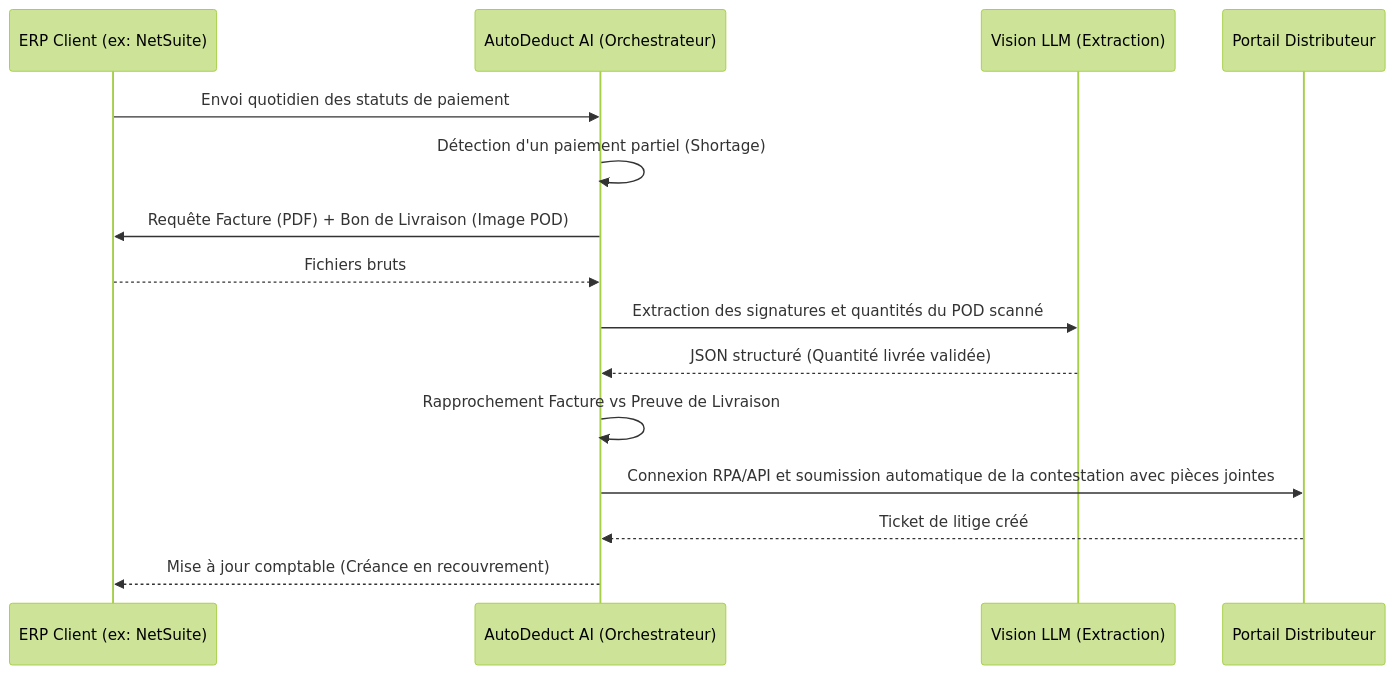
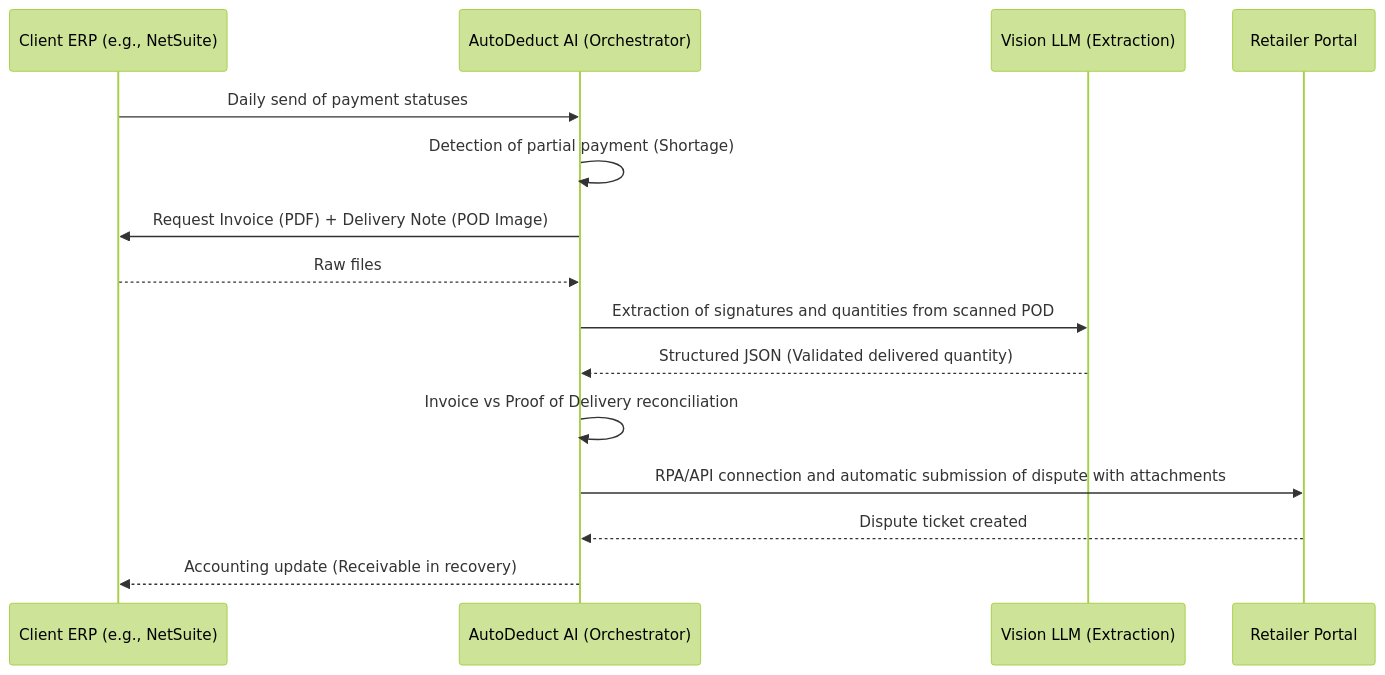
Before and after one commit to flouzzy/top-100-ai-startup-ideas: the second of 2 diagrams in ideas/autodeduct-ai/README.md, drawn with Mermaid (forest theme). The commit also changed other lines of this file and 21 other files, not shown here.

````diff
--- a/ideas/autodeduct-ai/README.md
+++ b/ideas/autodeduct-ai/README.md
@@ -41,18 +44,18 @@
 ```mermaid
 sequenceDiagram
-    participant ERP as ERP Client (ex: NetSuite)
-    participant AutoDeduct as AutoDeduct AI (Orchestrateur)
+    participant ERP as Client ERP (e.g., NetSuite)
+    participant AutoDeduct as AutoDeduct AI (Orchestrator)
     participant LLM as Vision LLM (Extraction)
-    participant Portal as Portail Distributeur
+    participant Portal as Retailer Portal
 
-    ERP->>AutoDeduct: Envoi quotidien des statuts de paiement
-    AutoDeduct->>AutoDeduct: Détection d'un paiement partiel (Shortage)
-    AutoDeduct->>ERP: Requête Facture (PDF) + Bon de Livraison (Image POD)
-    ERP-->>AutoDeduct: Fichiers bruts
-    AutoDeduct->>LLM: Extraction des signatures et quantités du POD scanné
-    LLM-->>AutoDeduct: JSON structuré (Quantité livrée validée)
-    AutoDeduct->>AutoDeduct: Rapprochement Facture vs Preuve de Livraison
-    AutoDeduct->>Portal: Connexion RPA/API et soumission automatique de la contestation avec pièces jointes
-    Portal-->>AutoDeduct: Ticket de litige créé
-    AutoDeduct-->>ERP: Mise à jour comptable (Créance en recouvrement)
+    ERP->>AutoDeduct: Daily send of payment statuses
+    AutoDeduct->>AutoDeduct: Detection of partial payment (Shortage)
+    AutoDeduct->>ERP: Request Invoice (PDF) + Delivery Note (POD Image)
+    ERP-->>AutoDeduct: Raw files
+    AutoDeduct->>LLM: Extraction of signatures and quantities from scanned POD
+    LLM-->>AutoDeduct: Structured JSON (Validated delivered quantity)
+    AutoDeduct->>AutoDeduct: Invoice vs Proof of Delivery reconciliation
+    AutoDeduct->>Portal: RPA/API connection and automatic submission of dispute with attachments
+    Portal-->>AutoDeduct: Dispute ticket created
+    AutoDeduct-->>ERP: Accounting update (Receivable in recovery)
 ```
````
